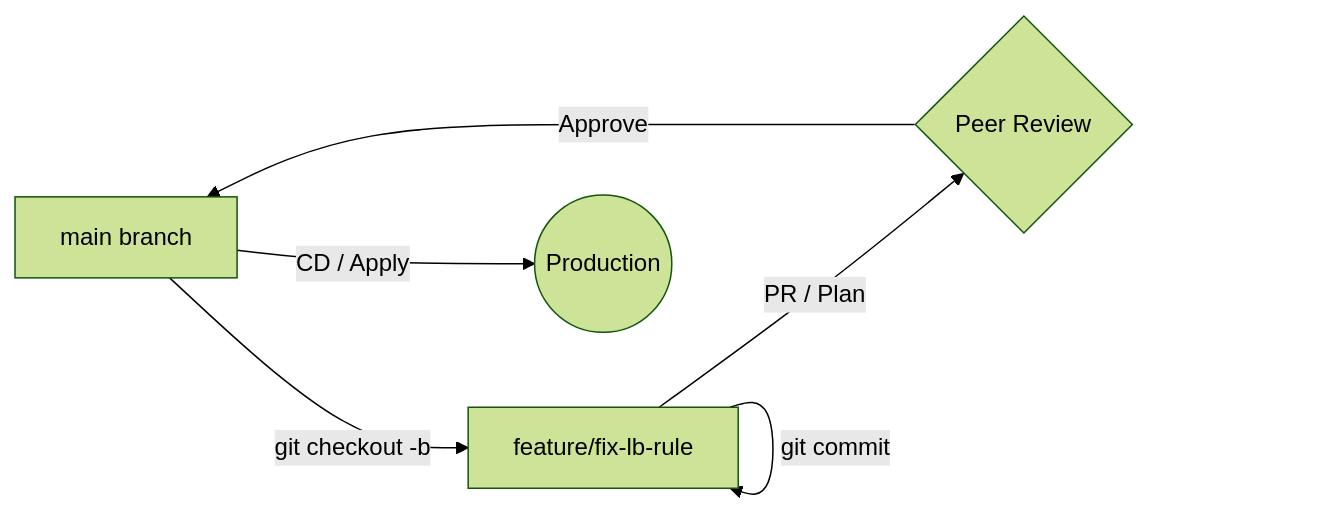
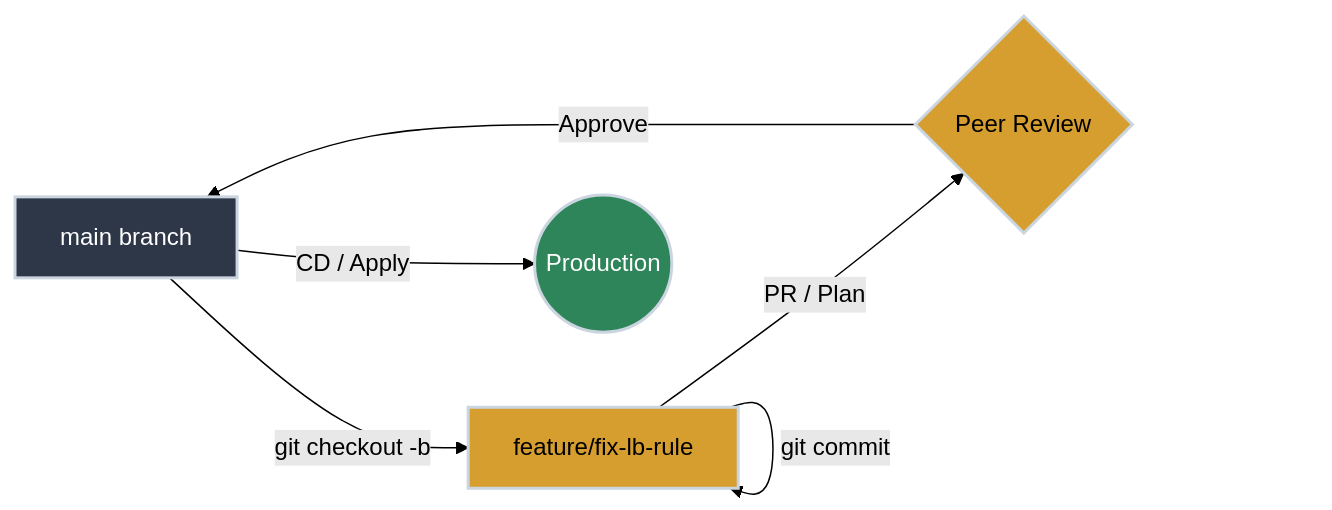
Before and after one commit to bradpenney/exploring_software_development_tools: the diagram in docs/efficiency/git_workflows.md, drawn with Mermaid (forest theme). The commit also changed other lines of this file and 28 other files, not shown here.

````diff
--- a/docs/efficiency/git_workflows.md
+++ b/docs/efficiency/git_workflows.md
@@ -11,8 +47,13 @@
 ```mermaid
 graph LR
     Main[main branch] -- "git checkout -b" --> Feature[feature/fix-lb-rule]
     Feature -- "git commit" --> Feature
     Feature -- "PR / Plan" --> Review{Peer Review}
     Review -- "Approve" --> Main
     Main -- "CD / Apply" --> Prod((Production))
+
+    style Main fill:#2d3748,stroke:#cbd5e0,stroke-width:2px,color:#fff
+    style Feature fill:#d69e2e,stroke:#cbd5e0,stroke-width:2px,color:#000
+    style Review fill:#d69e2e,stroke:#cbd5e0,stroke-width:2px,color:#000
+    style Prod fill:#2f855a,stroke:#cbd5e0,stroke-width:2px,color:#fff
 ```
````
